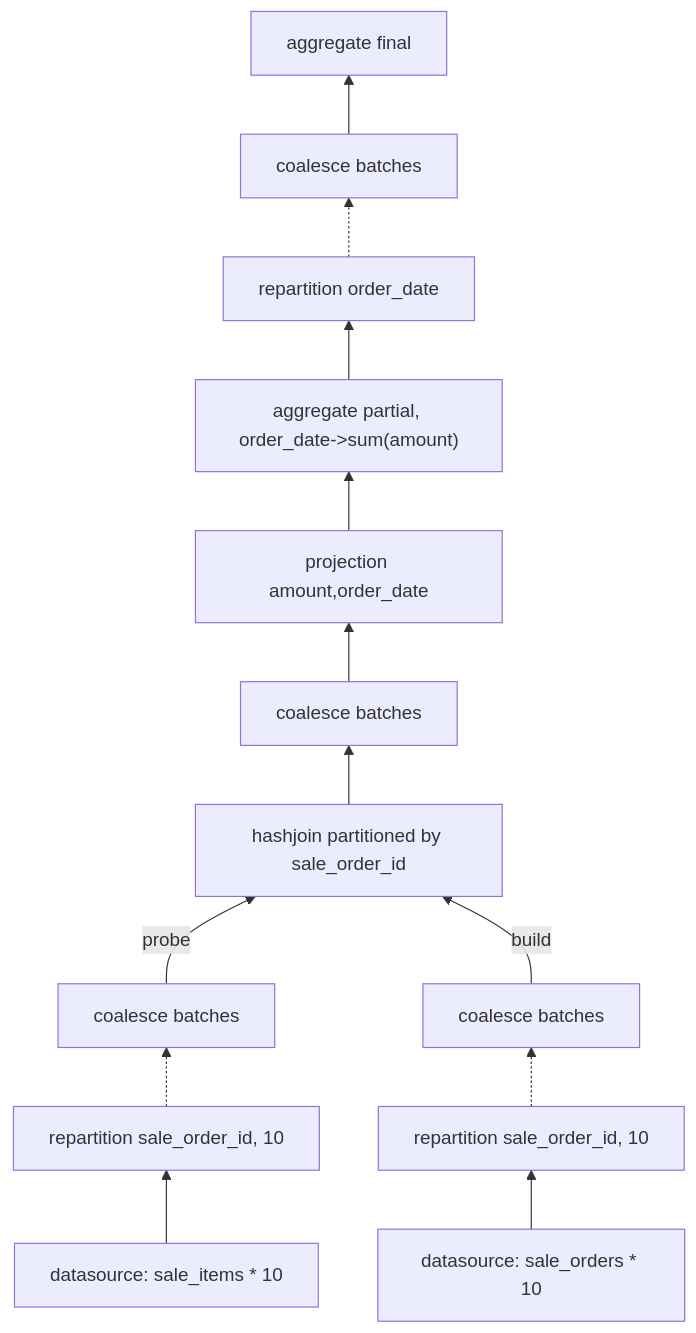
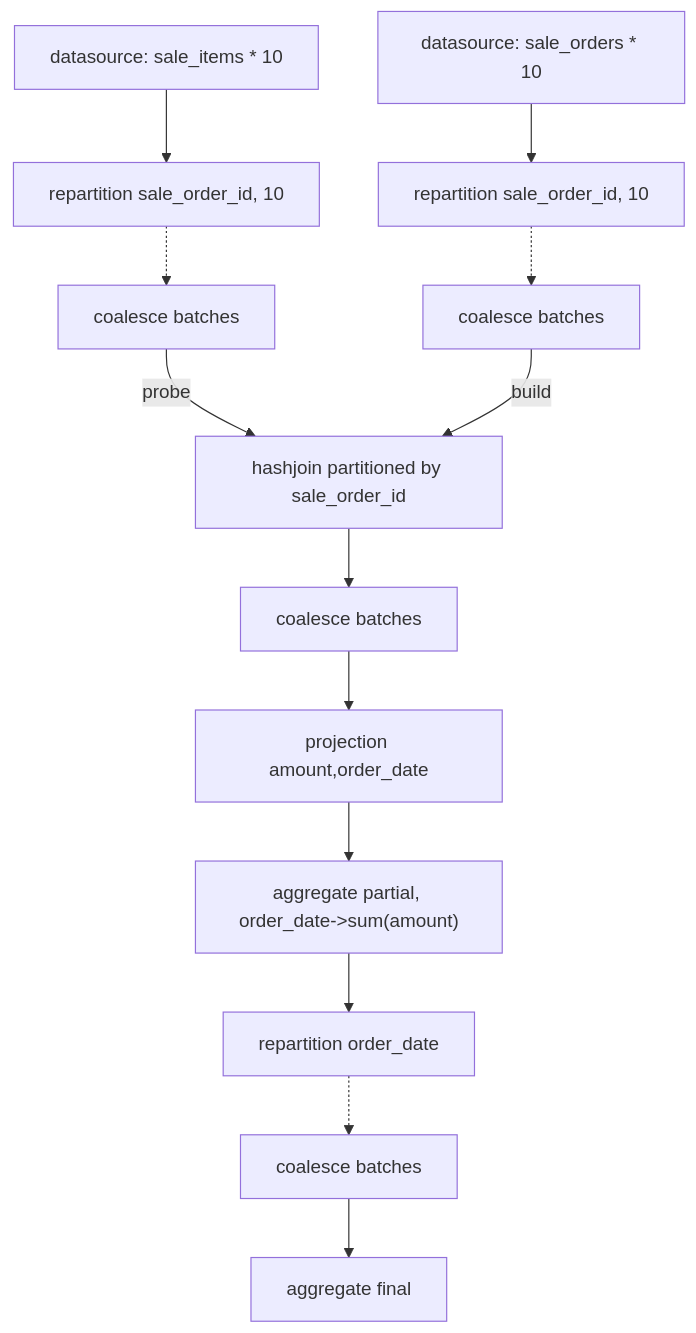
One commit to wangzaixiang/wangzaixiang.github.io changed the diagram in books/learning/src/perf-vs-duckdb-1.md. Above: the diagram before and after it, drawn with Mermaid. The commit also changed other lines of this file and 2 other files, not shown here.

Commit message:
零星更新

````diff
--- a/books/learning/src/perf-vs-duckdb-1.md
+++ b/books/learning/src/perf-vs-duckdb-1.md
@@ -66,16 +67,19 @@
 ```mermaid
-graph BT
+graph TD
 
-    ds1[datasource: sale_items * 10] --> rp1[repartition sale_order_id, 10] -.->
-  coal1[coalesce batches] -->|probe| hj1[hashjoin]
+    ds1[datasource: sale_items * 10] --> rp1[repartition sale_order_id, 10] 
+    rp1 -.-> coal1[coalesce batches] 
+    coal1 -->|probe| hj1[hashjoin]
 
-ds2[datasource: sale_orders * 10] --> rp2[repartition sale_order_id, 10] -.->
-coal2[coalesce batches] -->|build| hj1[hashjoin partitioned by sale_order_id]
+    ds2[datasource: sale_orders * 10] --> rp2[repartition sale_order_id, 10] 
+    rp2 -.-> coal2[coalesce batches] 
+    coal2 -->|build| hj1[hashjoin partitioned by sale_order_id]
 
-hj1 --> coal3[coalesce batches] --> prj[projection amount,order_date]
---> aggr1["aggregate partial, order_date->sum(amount)"]
---> rp3[repartition order_date]
--.-> coal4[coalesce batches]
---> aggr2["aggregate final"]
+    hj1 --> coal3[coalesce batches] 
+    coal3 --> prj[projection amount,order_date]
+    prj   --> aggr1["aggregate partial, order_date->sum(amount)"]
+    aggr1 --> rp3[repartition order_date]
+    rp3   -.-> coal4[coalesce batches]
+    coal4 --> aggr2["aggregate final"]
 
 ```
````
